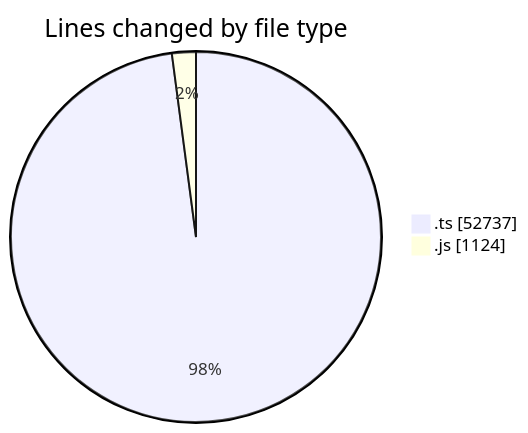
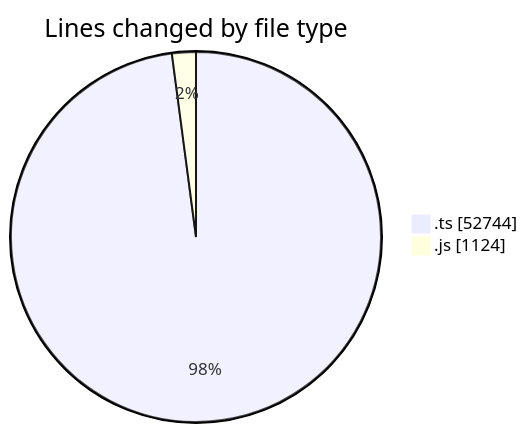
One commit to momahboobian/code-tracking changed the first of 2 diagrams in 2026-10-23/cda/README.md. Above: the diagram before and after it, drawn with Mermaid. The commit also changed other lines of this file and 1 other file, not shown here.

````diff
--- a/2026-10-23/cda/README.md
+++ b/2026-10-23/cda/README.md
@@ -34,6 +34,6 @@
 ```mermaid
 pie showData
 title Lines changed by file type
-".ts" : 52737
+".ts" : 52744
 ".js" : 1124
 ```
````
